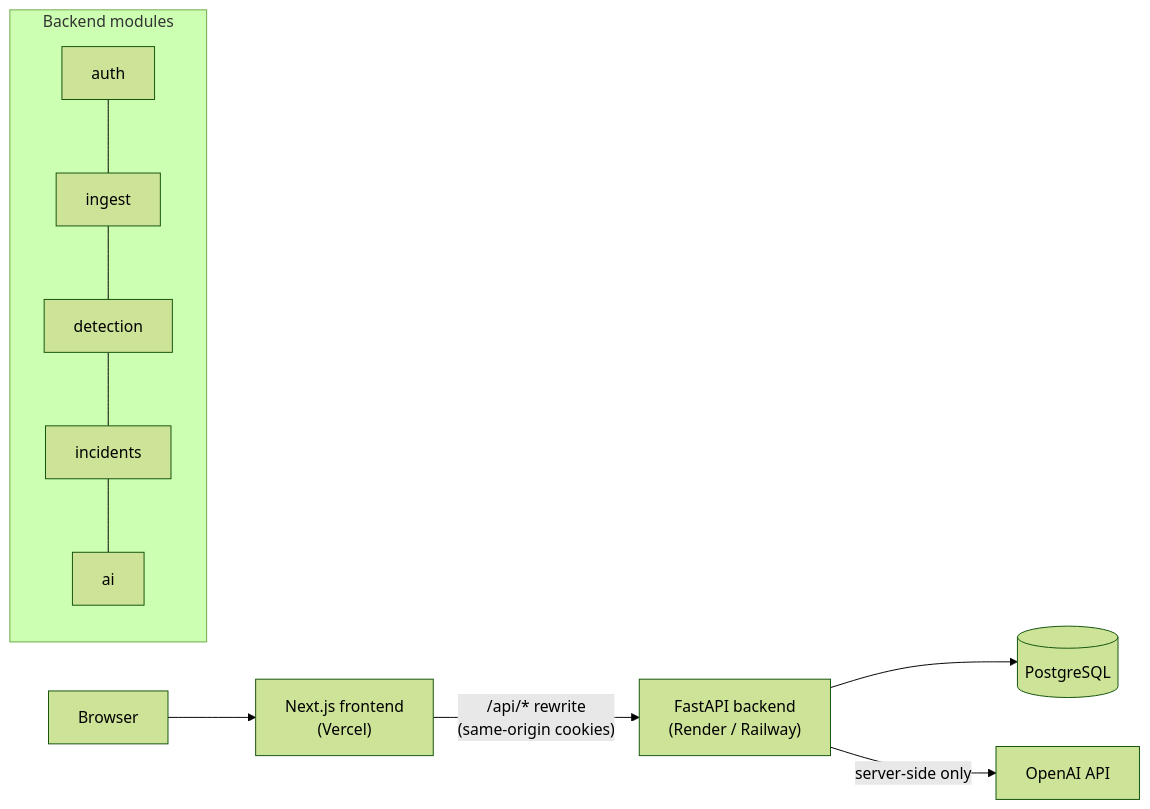
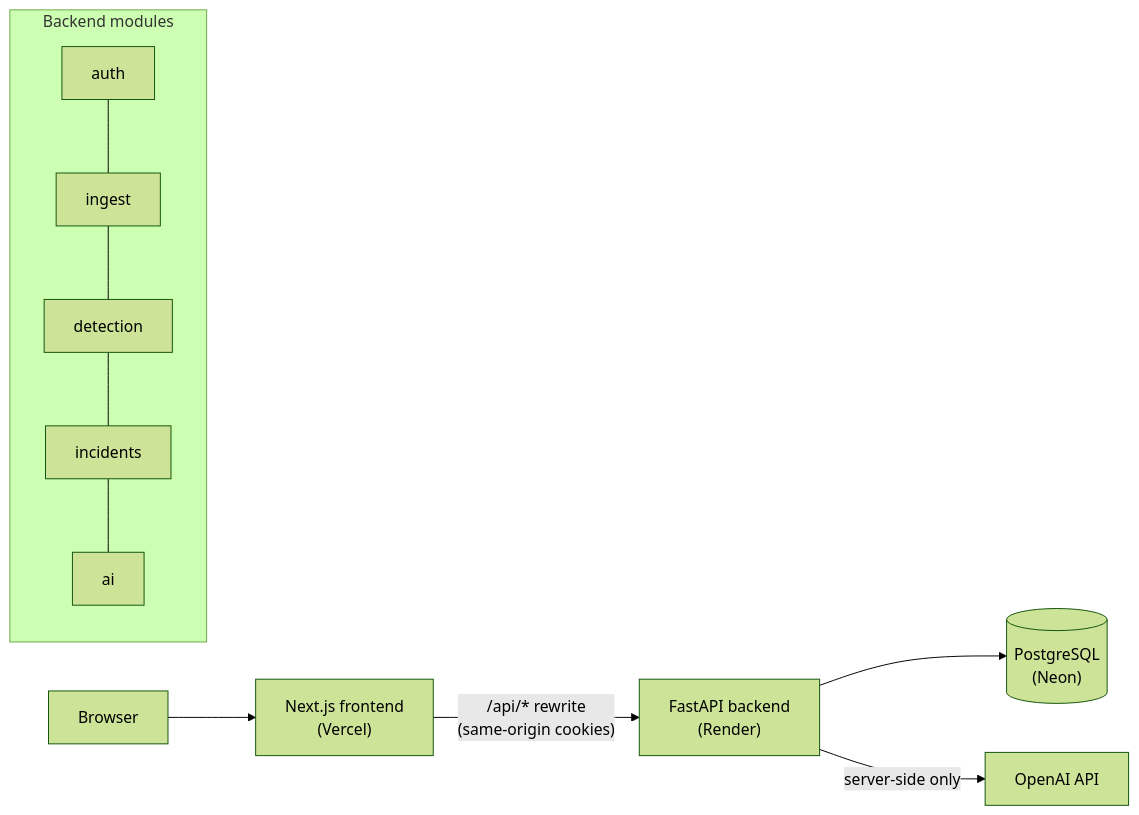
One commit to sebibarrios/sentinelai changed the first of 2 diagrams in docs/ARCHITECTURE.md. Above: the diagram before and after it, drawn with Mermaid (forest theme). The commit also changed 6 other files, not shown here.

````diff
--- a/docs/ARCHITECTURE.md
+++ b/docs/ARCHITECTURE.md
@@ -7,14 +7,14 @@
 ```mermaid
 flowchart LR
     U[Browser] --> FE["Next.js frontend<br/>(Vercel)"]
-    FE -- "/api/* rewrite<br/>(same-origin cookies)" --> BE["FastAPI backend<br/>(Render / Railway)"]
-    BE --> DB[(PostgreSQL)]
+    FE -- "/api/* rewrite<br/>(same-origin cookies)" --> BE["FastAPI backend<br/>(Render)"]
+    BE --> DB[("PostgreSQL<br/>(Neon)")]
     BE -- "server-side only" --> OAI[OpenAI API]
 
     subgraph BE_INTERNAL[Backend modules]
         AUTH[auth] --- INGEST[ingest]
         INGEST --- DETECT[detection]
         DETECT --- INC[incidents]
         INC --- AI[ai]
     end
 ```
````
